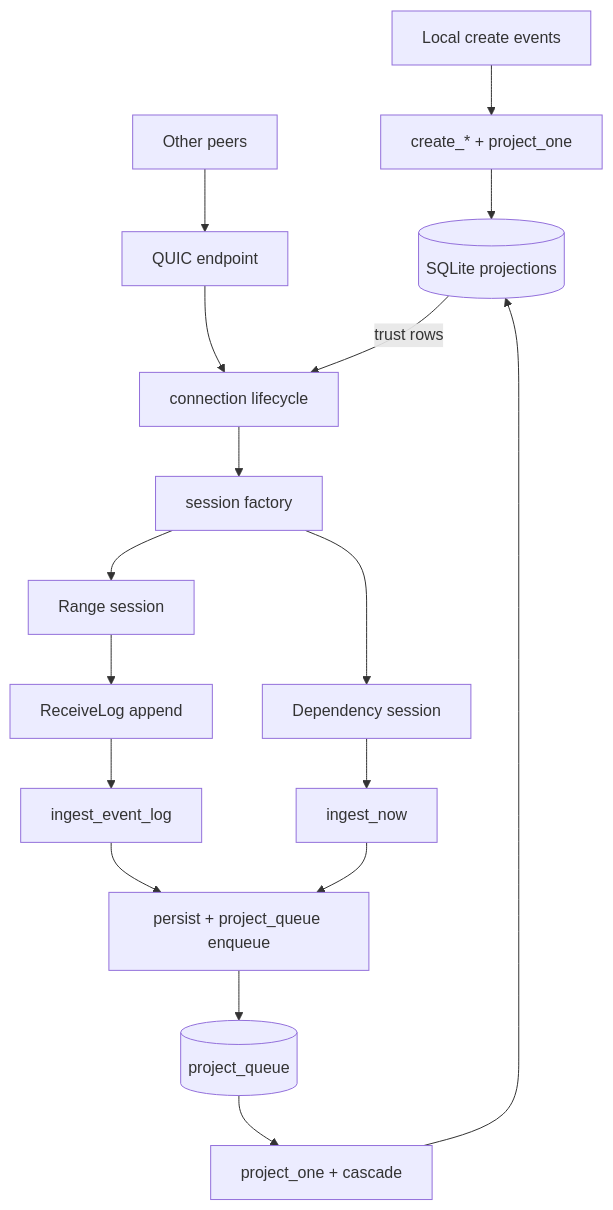
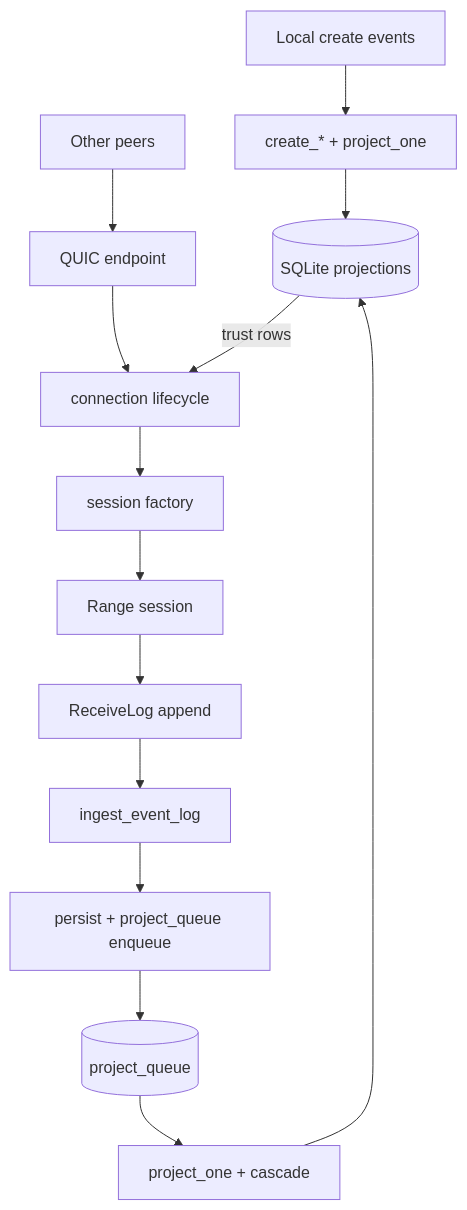
Before and after one commit to holmesworcester/topo: the second of 8 diagrams in docs/DESIGN_DIAGRAMS.md, drawn with Mermaid. The commit also changed other lines of this file and 33 other files, not shown here.

````diff
--- a/docs/DESIGN_DIAGRAMS.md
+++ b/docs/DESIGN_DIAGRAMS.md
@@ -39,23 +38,20 @@
 ```mermaid
 flowchart TD
     LOCAL["Local create events"] --> CREATE["create_* + project_one"]
     CREATE --> PDB[("SQLite projections")]
 
     OTHERS["Other peers"] --> EP["QUIC endpoint"]
     EP --> LIFE["connection lifecycle"]
     LIFE --> FACT["session factory"]
     FACT --> RANGE["Range session"]
-    FACT --> DEP["Dependency session"]
 
     RANGE --> LOG["ReceiveLog append"]
     LOG --> INGEST["ingest_event_log"]
-    DEP --> NOW["ingest_now"]
 
     INGEST --> STORE["persist + project_queue enqueue"]
-    NOW --> STORE
     STORE --> QDB[("project_queue")]
     QDB --> APPLY["project_one + cascade"]
     APPLY --> PDB
 
     PDB -->|trust rows| LIFE
 ```
````
